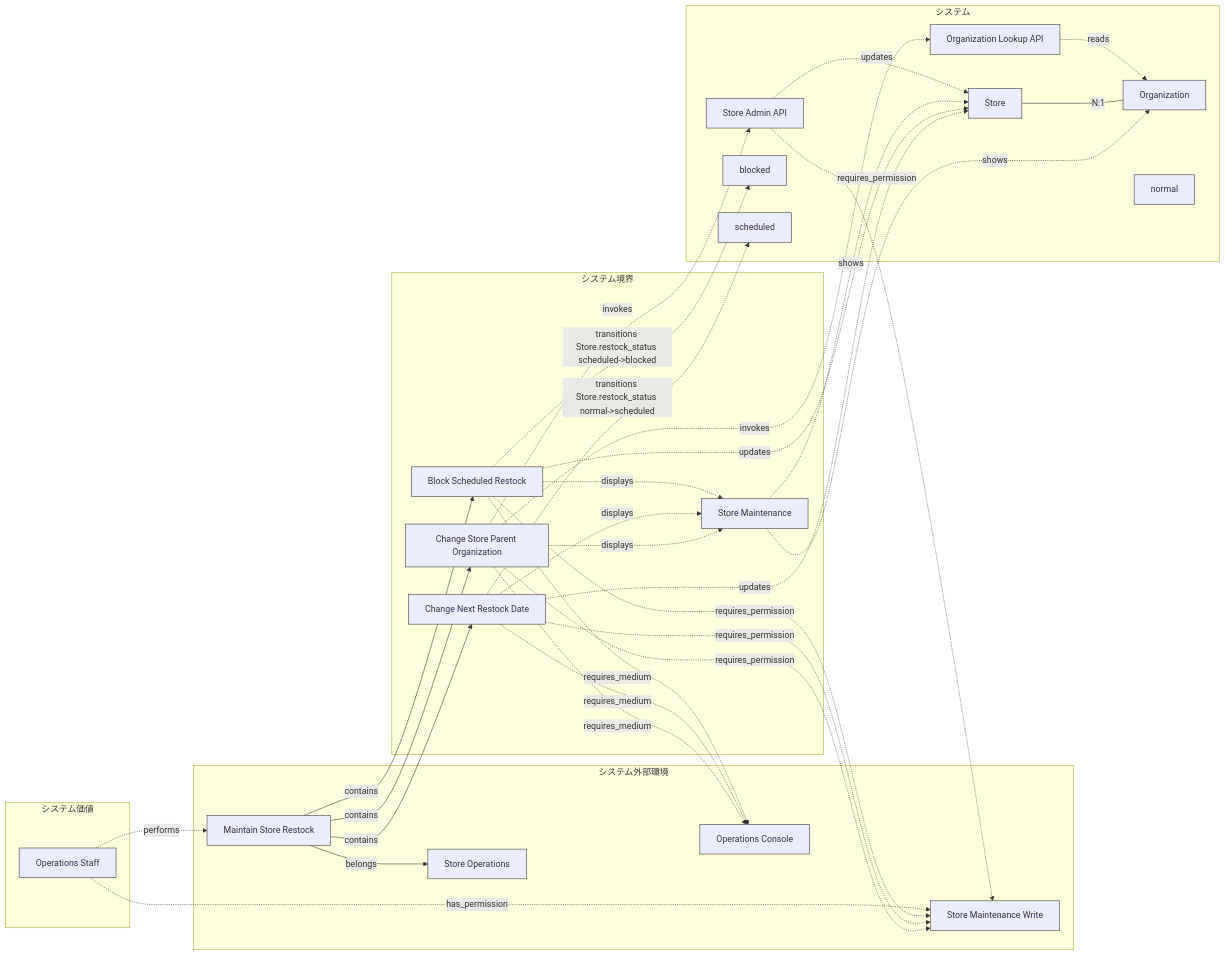
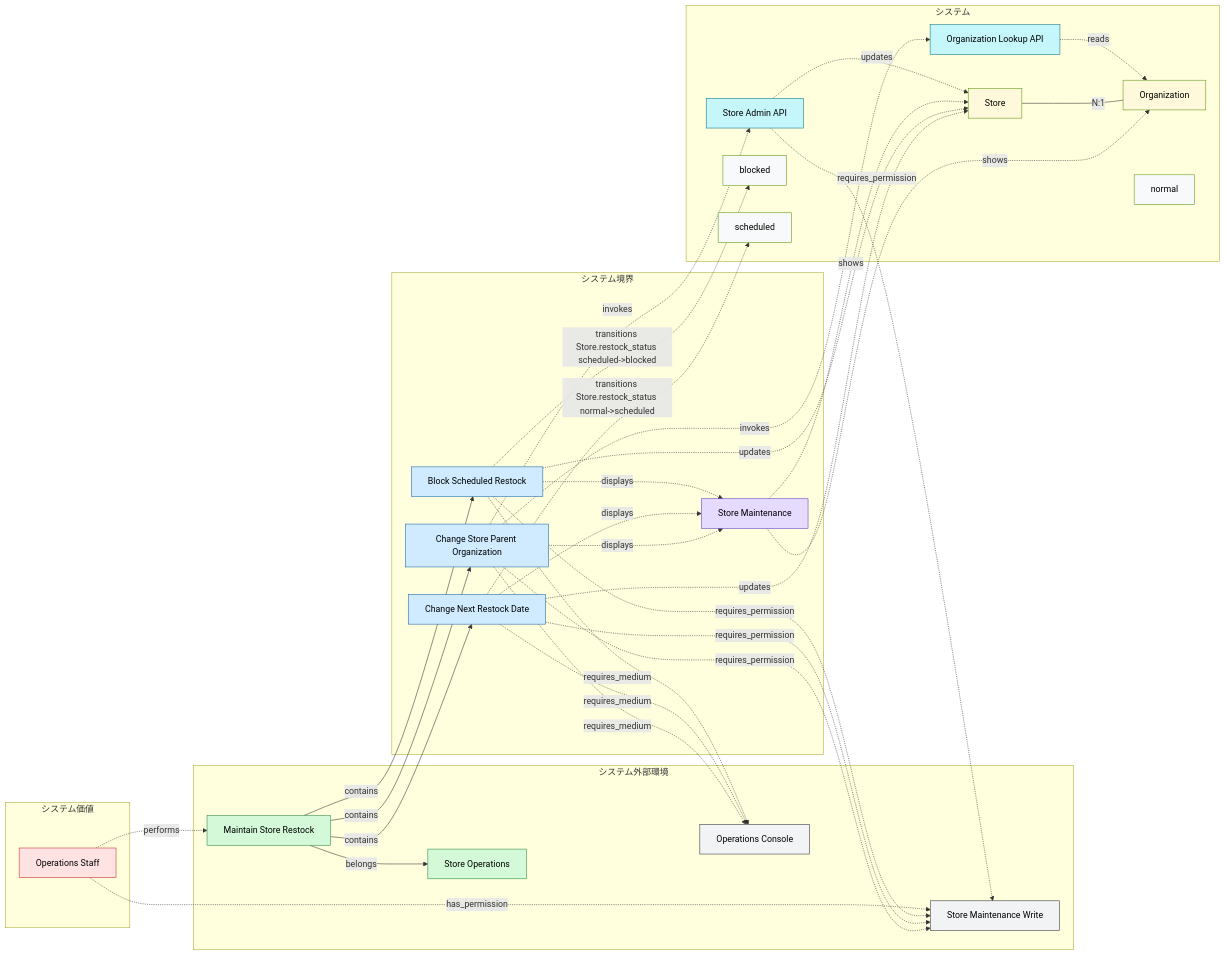
The first of 3 diagrams in samples/incremental-order/step-6-business-rules/design.md (manji-0/rdra-ish-dsl), drawn with Mermaid before and after one commit. The commit also changed 76 other files, not shown here.

First line of the commit message:
feat(cli): colour each RDRA element family in the flowchart diagrams

````diff
--- a/samples/incremental-order/step-6-business-rules/design.md
+++ b/samples/incremental-order/step-6-business-rules/design.md
@@ -52,70 +52,70 @@
 ```mermaid
 %% rdra-ish diagram=rdra scope=buc:BucStoreRestock model=samples/incremental-order/step-6-business-rules/src
 %% layers: value=システム価値 environment=システム外部環境 boundary=システム境界 system=システム
 %% kinds: actor business buc medium permission usecase screen api entity state
 %% omitted: (none)
 flowchart LR
   subgraph layer_value["システム価値"]
     actor__OpsStaff["Operations Staff"]:::actor
   end
   subgraph layer_environment["システム外部環境"]
     business__StoreOperations["Store Operations"]:::business
     %% desc business__StoreOperations: Store operations owns restock planning and store master maintenance.
     buc__BucStoreRestock["Maintain Store Restock"]:::buc
     %% desc buc__BucStoreRestock: Keep restock dates and store organization assignments operationally correct.
     medium__OpsConsole["Operations Console"]:::medium
     permission__StoreMaintenanceWrite["Store Maintenance Write"]:::permission
   end
   subgraph layer_boundary["システム境界"]
     usecase__BlockScheduledRestock["Block Scheduled Restock"]:::usecase
     usecase__ChangeNextRestockDate["Change Next Restock Date"]:::usecase
     usecase__ChangeStoreParentOrganization["Change Store Parent Organization"]:::usecase
     screen__StoreMaintenanceScreen["Store Maintenance"]:::screen
   end
   subgraph layer_system["システム"]
     api__OrganizationLookupApi["Organization Lookup API"]:::api
     api__StoreAdminApi["Store Admin API"]:::api
     entity__Organization["Organization"]:::entity
     entity__Store["Store"]:::entity
     state__Store_blocked["blocked"]:::state
     state__Store_normal["normal"]:::state
     state__Store_scheduled["scheduled"]:::state
   end
   actor__OpsStaff -.->|has_permission| permission__StoreMaintenanceWrite
   actor__OpsStaff -.->|performs| buc__BucStoreRestock
   api__OrganizationLookupApi -.->|reads| entity__Organization
   api__StoreAdminApi -.->|requires_permission| permission__StoreMaintenanceWrite
   api__StoreAdminApi -.->|updates| entity__Store
   buc__BucStoreRestock -->|belongs| business__StoreOperations
   buc__BucStoreRestock -->|contains| usecase__BlockScheduledRestock
   buc__BucStoreRestock -->|contains| usecase__ChangeNextRestockDate
   buc__BucStoreRestock -->|contains| usecase__ChangeStoreParentOrganization
   entity__Store ---|N:1| entity__Organization
   screen__StoreMaintenanceScreen -.->|shows| entity__Organization
   screen__StoreMaintenanceScreen -.->|shows| entity__Store
   usecase__BlockScheduledRestock -.->|displays| screen__StoreMaintenanceScreen
   usecase__BlockScheduledRestock -.->|requires_medium| medium__OpsConsole
   usecase__BlockScheduledRestock -.->|requires_permission| permission__StoreMaintenanceWrite
   usecase__BlockScheduledRestock -.->|transitions Store.restock_status scheduled->blocked| state__Store_blocked
   usecase__BlockScheduledRestock -.->|updates| entity__Store
   usecase__ChangeNextRestockDate -.->|displays| screen__StoreMaintenanceScreen
   usecase__ChangeNextRestockDate -.->|requires_medium| medium__OpsConsole
   usecase__ChangeNextRestockDate -.->|requires_permission| permission__StoreMaintenanceWrite
   usecase__ChangeNextRestockDate -.->|transitions Store.restock_status normal->scheduled| state__Store_scheduled
   usecase__ChangeNextRestockDate -.->|updates| entity__Store
   usecase__ChangeStoreParentOrganization -.->|displays| screen__StoreMaintenanceScreen
   usecase__ChangeStoreParentOrganization -.->|invokes| api__OrganizationLookupApi
   usecase__ChangeStoreParentOrganization -.->|invokes| api__StoreAdminApi
   usecase__ChangeStoreParentOrganization -.->|requires_medium| medium__OpsConsole
   usecase__ChangeStoreParentOrganization -.->|requires_permission| permission__StoreMaintenanceWrite
-  classDef actor stroke:#333;
-  classDef business stroke:#333;
-  classDef buc stroke:#333;
-  classDef medium stroke:#333;
-  classDef permission stroke:#333;
-  classDef usecase stroke:#333;
-  classDef screen stroke:#333;
-  classDef api stroke:#333;
-  classDef entity stroke:#333;
-  classDef state stroke:#333;
+  classDef actor fill:#ffe3e3,stroke:#c92a2a,color:#000;
+  classDef business fill:#d3f9d8,stroke:#2b8a3e,color:#000;
+  classDef buc fill:#d3f9d8,stroke:#2b8a3e,color:#000;
+  classDef medium fill:#f1f3f5,stroke:#333,color:#000;
+  classDef permission fill:#f1f3f5,stroke:#333,color:#000;
+  classDef usecase fill:#d0ebff,stroke:#1864ab,color:#000;
+  classDef screen fill:#e5dbff,stroke:#5f3dc4,color:#000;
+  classDef api fill:#c5f6fa,stroke:#0b7285,color:#000;
+  classDef entity fill:#fff9db,stroke:#5c940d,color:#000;
+  classDef state fill:#f8f9fa,stroke:#5c940d,color:#000;
 ```
````
